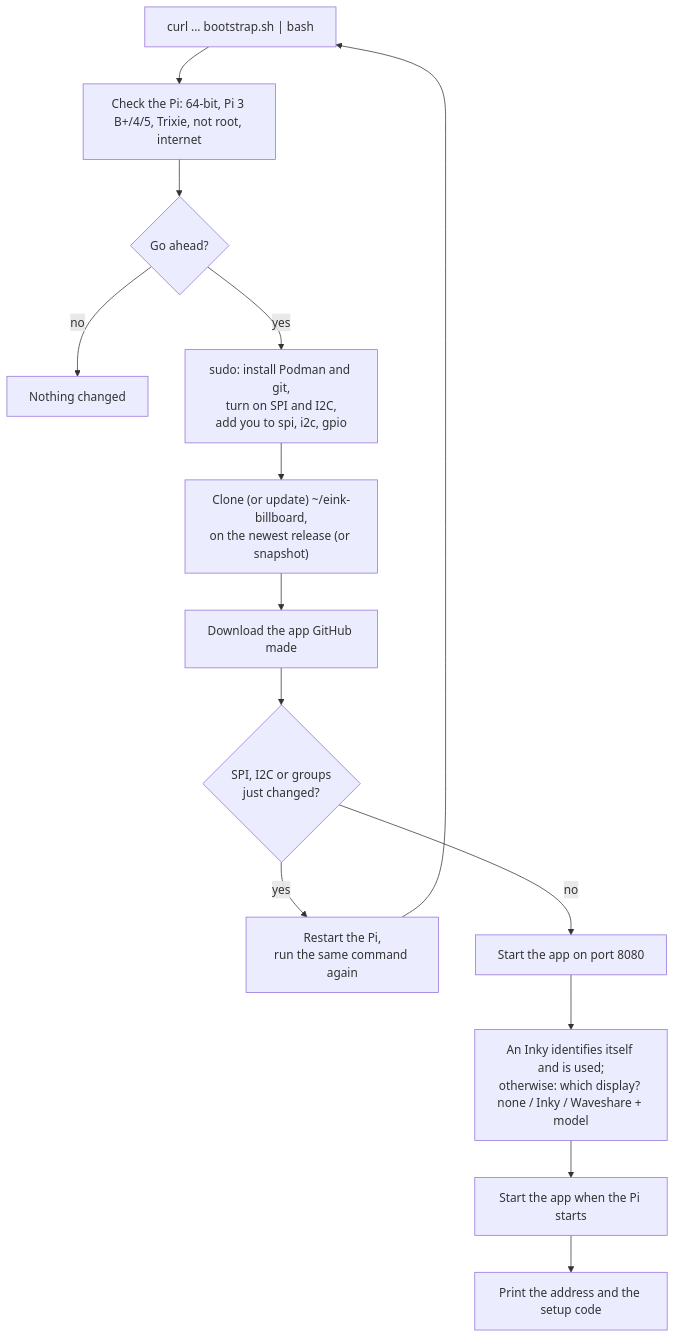
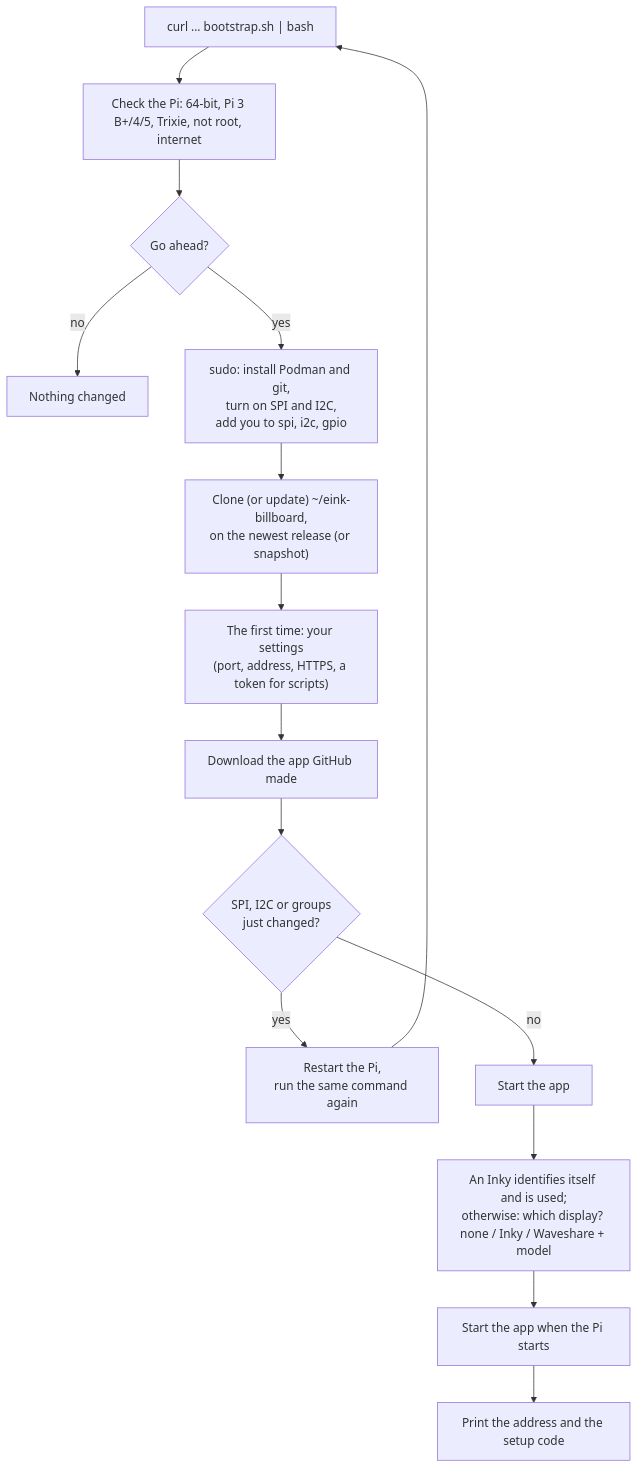
The diagram in readme.md (escape-llc/eink-billboard), drawn with Mermaid before and after one commit. The commit also changed other lines of this file and 7 other files, not shown here.

````diff
--- a/readme.md
+++ b/readme.md
@@ -47,16 +47,17 @@
 ```mermaid
 flowchart TD
     A["curl ... bootstrap.sh | bash"] --> B["Check the Pi: 64-bit, Pi 3 B+/4/5, Trixie, not root, internet"]
     B --> C{"Go ahead?"}
     C -- no --> X["Nothing changed"]
     C -- yes --> D["sudo: install Podman and git,<br/>turn on SPI and I2C,<br/>add you to spi, i2c, gpio"]
     D --> E["Clone (or update) ~/eink-billboard,<br/>on the newest release (or snapshot)"]
-    E --> G["Download the app GitHub made"]
+    E --> S["The first time: your settings<br/>(port, address, HTTPS, a token for scripts)"]
+    S --> G["Download the app GitHub made"]
     G --> H{"SPI, I2C or groups<br/>just changed?"}
     H -- yes --> R["Restart the Pi,<br/>run the same command again"]
     R --> A
-    H -- no --> I["Start the app on port 8080"]
+    H -- no --> I["Start the app"]
     I --> J["An Inky identifies itself and is used;<br/>otherwise: which display? none / Inky / Waveshare + model"]
     J --> K["Start the app when the Pi starts"]
     K --> L["Print the address and the setup code"]
 ```
````
